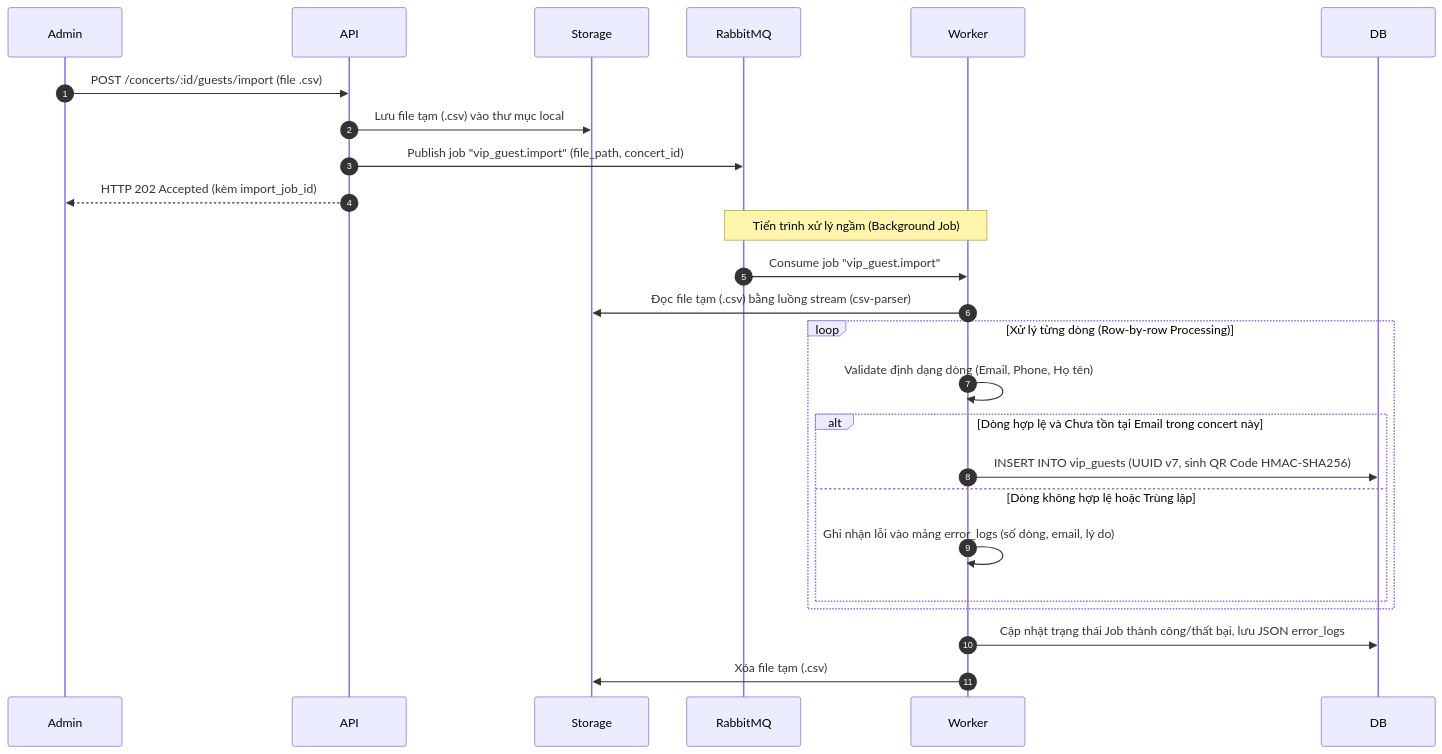
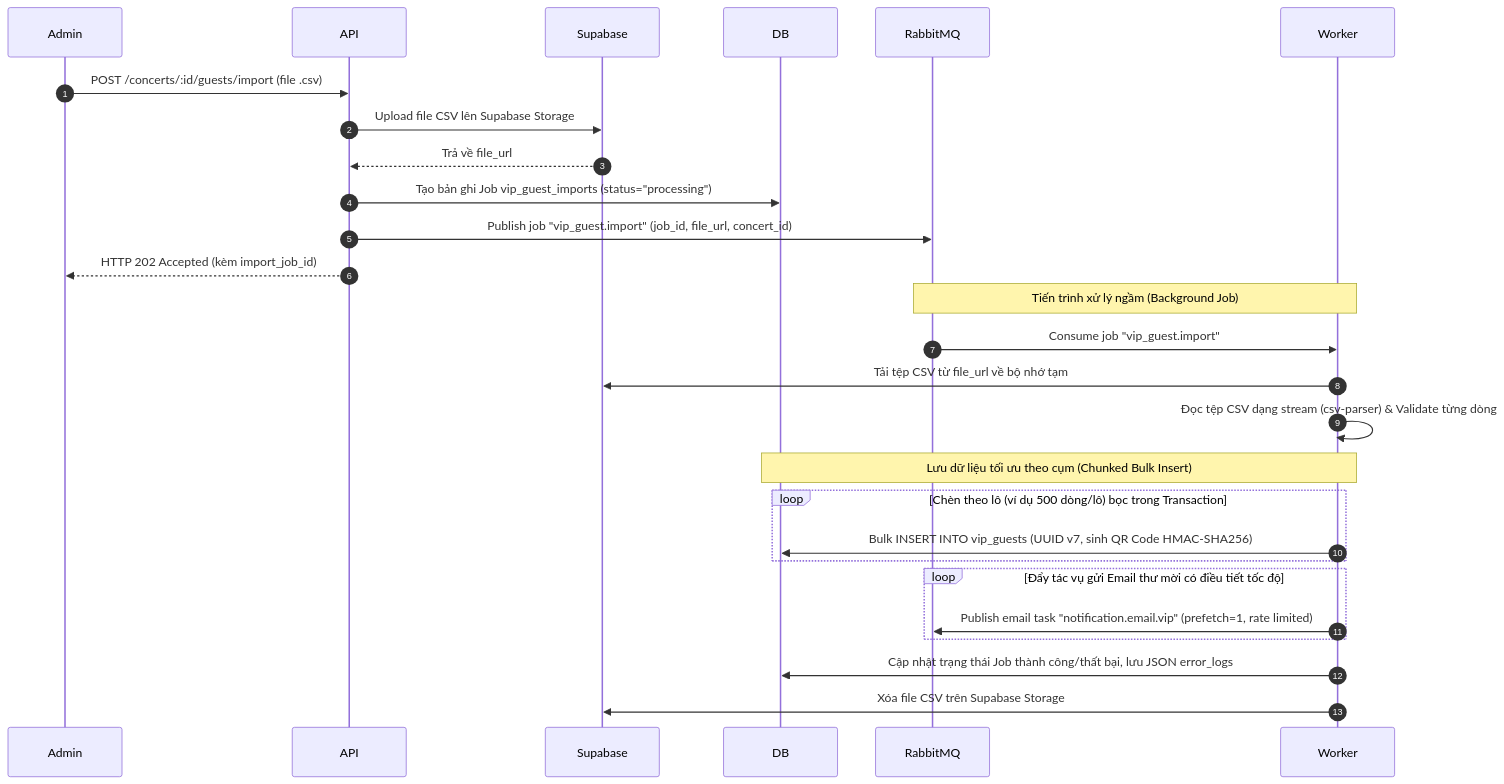
Diagram 14 of 15 in docs/design.md (thuytranj/TicketBox), drawn with Mermaid before and after one commit. The commit also changed other lines of this file and 9 other files, not shown here.

Commit message:
docs(be): add VIP guest list import specification

````diff
--- a/docs/design.md
+++ b/docs/design.md
@@ -1568,24 +1568,27 @@
 ```mermaid
 sequenceDiagram
     autonumber
     Admin->>API: POST /concerts/:id/guests/import (file .csv)
-    API->>Storage: Lưu file tạm (.csv) vào thư mục local
-    API->>RabbitMQ: Publish job "vip_guest.import" (file_path, concert_id)
+    API->>Supabase: Upload file CSV lên Supabase Storage
+    Supabase-->>API: Trả về file_url
+    API->>DB: Tạo bản ghi Job vip_guest_imports (status="processing")
+    API->>RabbitMQ: Publish job "vip_guest.import" (job_id, file_url, concert_id)
     API-->>Admin: HTTP 202 Accepted (kèm import_job_id)
 
     Note over RabbitMQ, Worker: Tiến trình xử lý ngầm (Background Job)
     RabbitMQ->>Worker: Consume job "vip_guest.import"
-    Worker->>Storage: Đọc file tạm (.csv) bằng luồng stream (csv-parser)
+    Worker->>Supabase: Tải tệp CSV từ file_url về bộ nhớ tạm
+    Worker->>Worker: Đọc tệp CSV dạng stream (csv-parser) & Validate từng dòng
 
-    loop Xử lý từng dòng (Row-by-row Processing)
-        Worker->>Worker: Validate định dạng dòng (Email, Phone, Họ tên)
-        alt Dòng hợp lệ và Chưa tồn tại Email trong concert này
-            Worker->>DB: INSERT INTO vip_guests (UUID v7, sinh QR Code HMAC-SHA256)
-        else Dòng không hợp lệ hoặc Trùng lặp
-            Worker->>Worker: Ghi nhận lỗi vào mảng error_logs (số dòng, email, lý do)
-        end
+    Note over Worker, DB: Lưu dữ liệu tối ưu theo cụm (Chunked Bulk Insert)
+    loop Chèn theo lô (ví dụ 500 dòng/lô) bọc trong Transaction
+        Worker->>DB: Bulk INSERT INTO vip_guests (UUID v7, sinh QR Code HMAC-SHA256)
+    end
+
+    loop Đẩy tác vụ gửi Email thư mời có điều tiết tốc độ
+        Worker->>RabbitMQ: Publish email task "notification.email.vip" (prefetch=1, rate limited)
     end
 
     Worker->>DB: Cập nhật trạng thái Job thành công/thất bại, lưu JSON error_logs
-    Worker->>Storage: Xóa file tạm (.csv)
+    Worker->>Supabase: Xóa file CSV trên Supabase Storage
 ```
````
